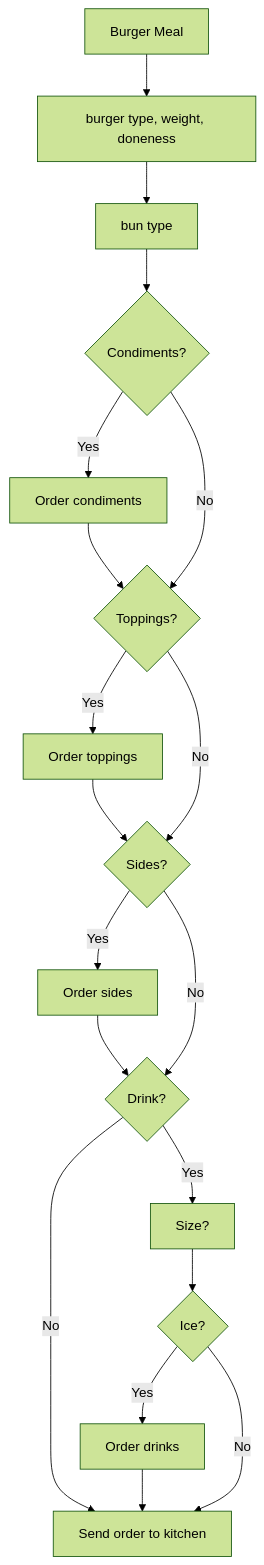
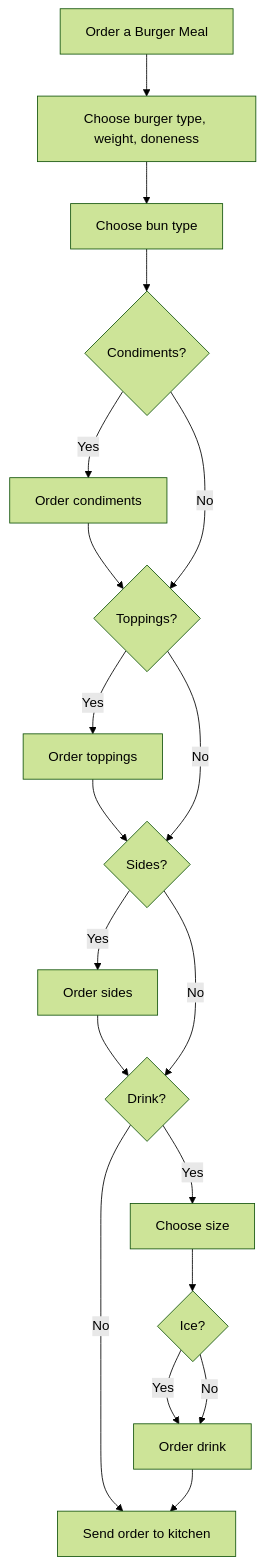
The diagram in student-work/felice-berk/API_Final_Project/README.md (yusale9/student-showcase), drawn with Mermaid (forest theme) before and after one commit. The commit also changed other lines of this file, not shown here.

Commit message:
Updated README.md
Made revisions to workflow diagram and added bullets to the Acknowledgements section.

````diff
--- a/student-work/felice-berk/API_Final_Project/README.md
+++ b/student-work/felice-berk/API_Final_Project/README.md
@@ -9,21 +9,21 @@
 ```mermaid
 flowchart TD
-    A[Burger Meal] --> B[burger type, weight, doneness];
-    B --> C[bun type];
+    A[Order a Burger Meal] --> B[Choose burger type, weight, doneness];
+    B --> C[Choose bun type];
     C --> D{Condiments?};
     D -- Yes --> E[Order condiments];
     E --> F{Toppings?};
     D -- No --> F{Toppings?};
     F -- Yes --> G[Order toppings];
     G --> H{Sides?}
     F -- No --> H{Sides?};
     H -- Yes --> I[Order sides];
     I --> J{Drink?};
+    J -- No --> N[Send order to kitchen];
     H -- No --> J{Drink?};
-    J -- Yes --> K[Size?];
+    J -- Yes --> K[Choose size];
     K --> L{Ice?};
-    L -- Yes --> M[Order drinks];
-    J -- No --> N[send order to kitchen];
-    M --> N[send order to kitchen];
-    L -- No --> N[Send order to kitchen];
+    L -- Yes --> M[Order drink];
+    L -- No --> M[Order drink];
+    M --> N[Send order to kitchen];
 ```
````
